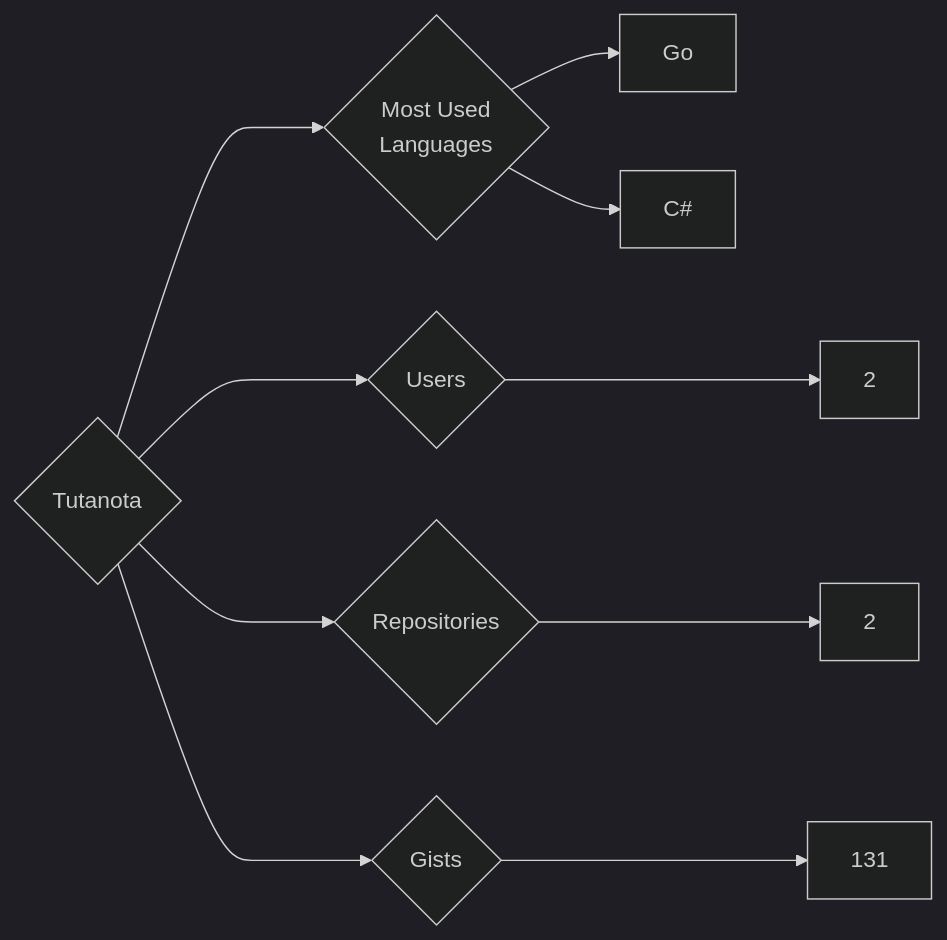
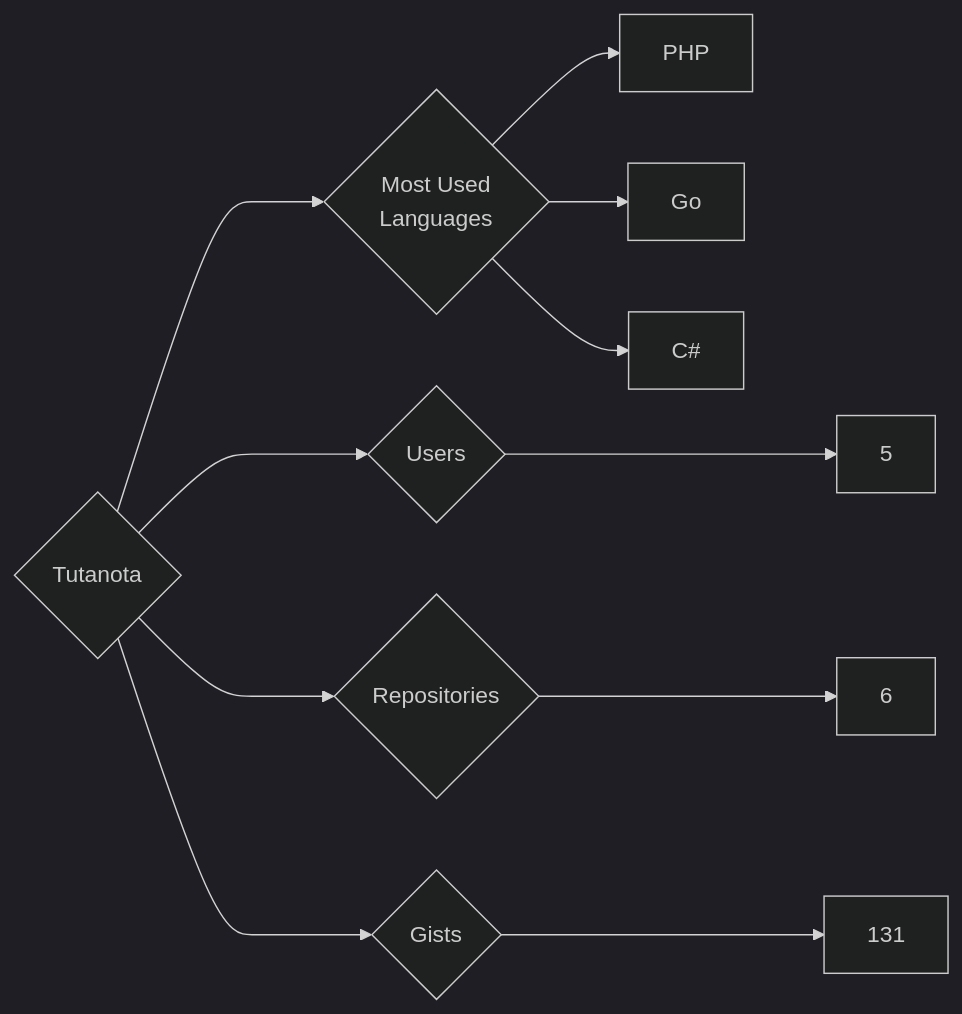
One commit to trickest/insiders changed the diagram in targets/Tutanota/README.md. Above: the diagram before and after it, drawn with Mermaid (dark theme). The commit also changed 1479 other files, not shown here.

````diff
--- a/targets/Tutanota/README.md
+++ b/targets/Tutanota/README.md
@@ -3,10 +3,11 @@
 ```mermaid
 graph LR
 COMPANY_NAME{Tutanota}
-COMPANY_NAME ---> U{Users} ---> UN[2]
-COMPANY_NAME ---> R{Repositories} ---> RN[2]
+COMPANY_NAME ---> U{Users} ---> UN[5]
+COMPANY_NAME ---> R{Repositories} ---> RN[6]
 COMPANY_NAME ---> G{Gists} ---> GN[131]
 COMPANY_NAME ---> ML{Most Used<br>Languages}
+ML --> PHP[PHP]
 ML --> Go[Go]
 ML --> C#[C#]
 ```
````
